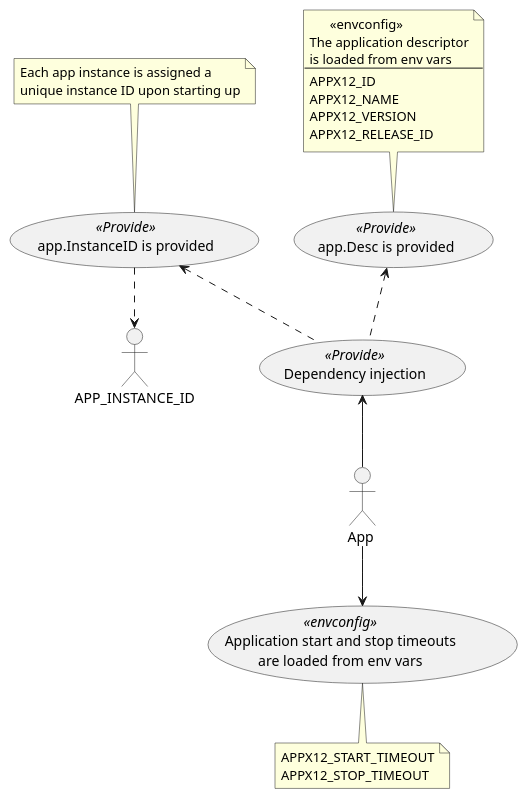
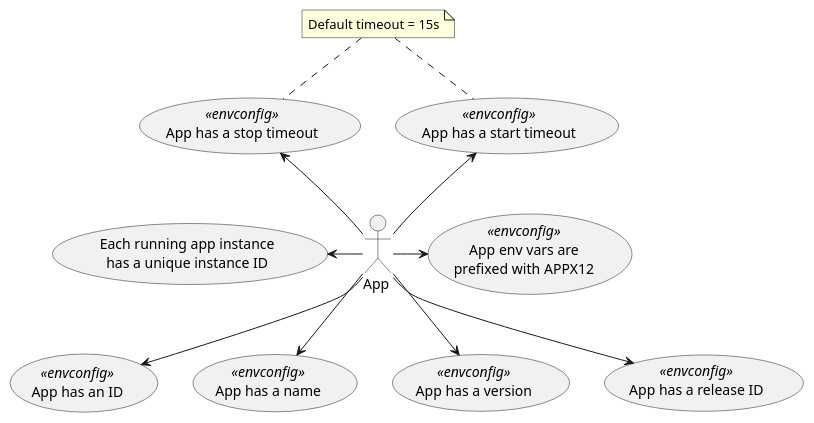
One commit to oysterpack/andiamo changed the diagram in pkg/app/usecases.puml. Above: the diagram before and after it, drawn with PlantUML. The commit also changed 18 other files, not shown here.

```diff
--- a/pkg/app/usecases.puml
+++ b/pkg/app/usecases.puml
@@ -1,41 +1,38 @@
 @startuml
 actor :App : as APP
 
-usecase APP_TIMEOUTS << envconfig >> as "Application start and stop timeouts
-are loaded from env vars"
+usecase APP_ID <<envconfig>> as "App has an ID"
 
-note bottom of APP_TIMEOUTS {
-APPX12_START_TIMEOUT
-APPX12_STOP_TIMEOUT
-}
+usecase APP_NAME <<envconfig>> as "App has a name"
 
+usecase APP_VERSION <<envconfig>> as "App has a version"
 
-usecase DEPENDENCY_INJECTION << Provide >> as "Dependency injection"
-usecase PROVIDE_APP_DESC << Provide >> as "app.Desc is provided"
+usecase APP_RELEASE_ID <<envconfig>> as "App has a release ID"
 
-note top of PROVIDE_APP_DESC {
-      <<envconfig>>
-The application descriptor
-is loaded from env vars
----
-APPX12_ID
-APPX12_NAME
-APPX12_VERSION
-APPX12_RELEASE_ID
-}
+usecase APP_INSTANCE_ID as "Each running app instance
+has a unique instance ID"
 
-usecase PROVIDE_APP_INSTANCE_ID << Provide >> as "app.InstanceID is provided"
+usecase APP_ENVCONFIG <<envconfig>> as "App env vars are
+prefixed with APPX12"
 
-note top of PROVIDE_APP_INSTANCE_ID  {
-Each app instance is assigned a
-unique instance ID upon starting up
-}
+usecase APP_START_TIMEOUT <<envconfig>> as "App has a start timeout"
 
-DEPENDENCY_INJECTION .up.> PROVIDE_APP_DESC
-DEPENDENCY_INJECTION .up.> PROVIDE_APP_INSTANCE_ID
-APP_INSTANCE_ID <.up. PROVIDE_APP_INSTANCE_ID
+usecase APP_STOP_TIMEOUT <<envconfig>> as "App has a stop timeout"
 
-APP -up-> DEPENDENCY_INJECTION
-APP --> APP_TIMEOUTS
+note as DEFAULT_TIMEOUT
+Default timeout = 15s
+end note
+
+APP_START_TIMEOUT .up. DEFAULT_TIMEOUT
+APP_STOP_TIMEOUT .up. DEFAULT_TIMEOUT
+
+APP --> APP_ID
+APP --> APP_NAME
+APP --> APP_VERSION
+APP --> APP_RELEASE_ID
+APP -left-> APP_INSTANCE_ID
+APP -> APP_ENVCONFIG
+APP -up-> APP_START_TIMEOUT
+APP -up-> APP_STOP_TIMEOUT
 
 @enduml
```
